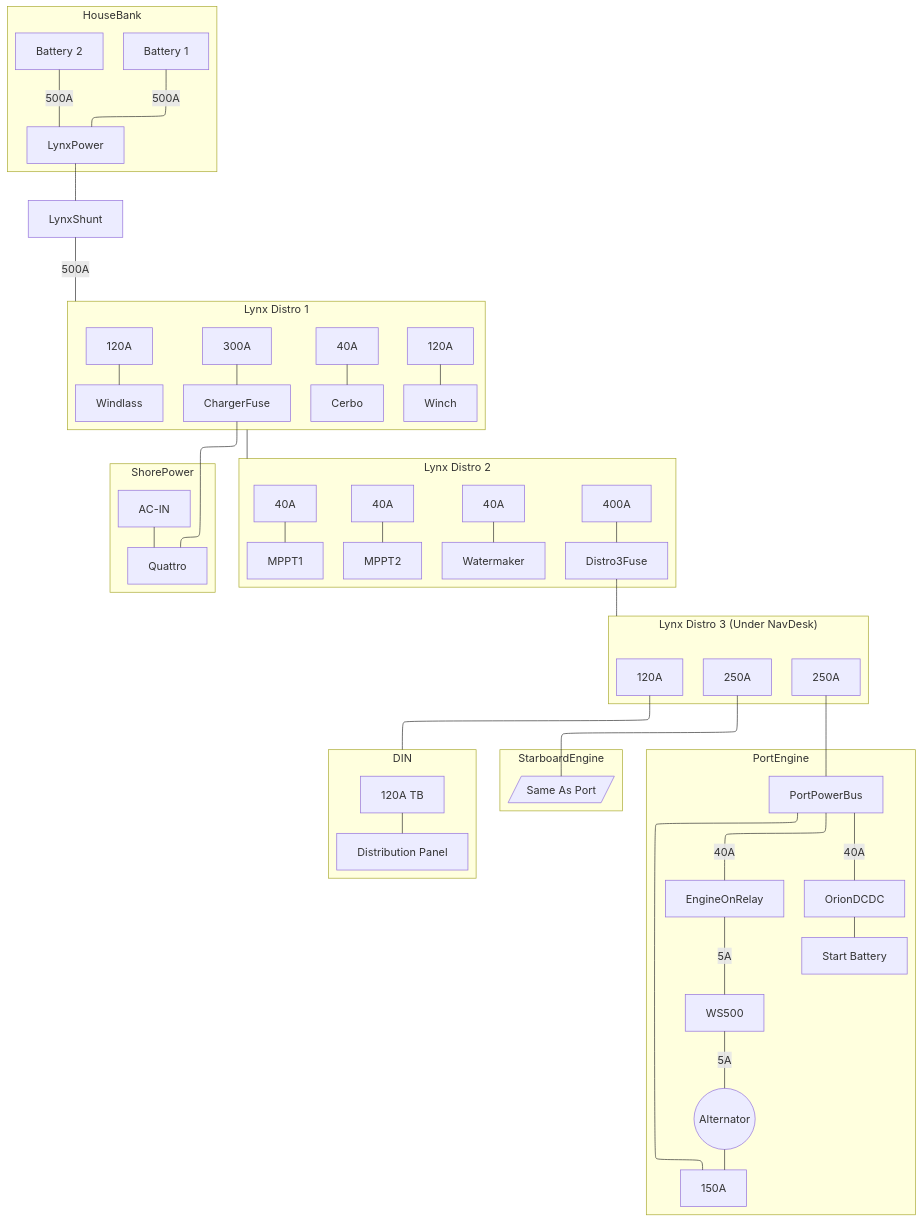
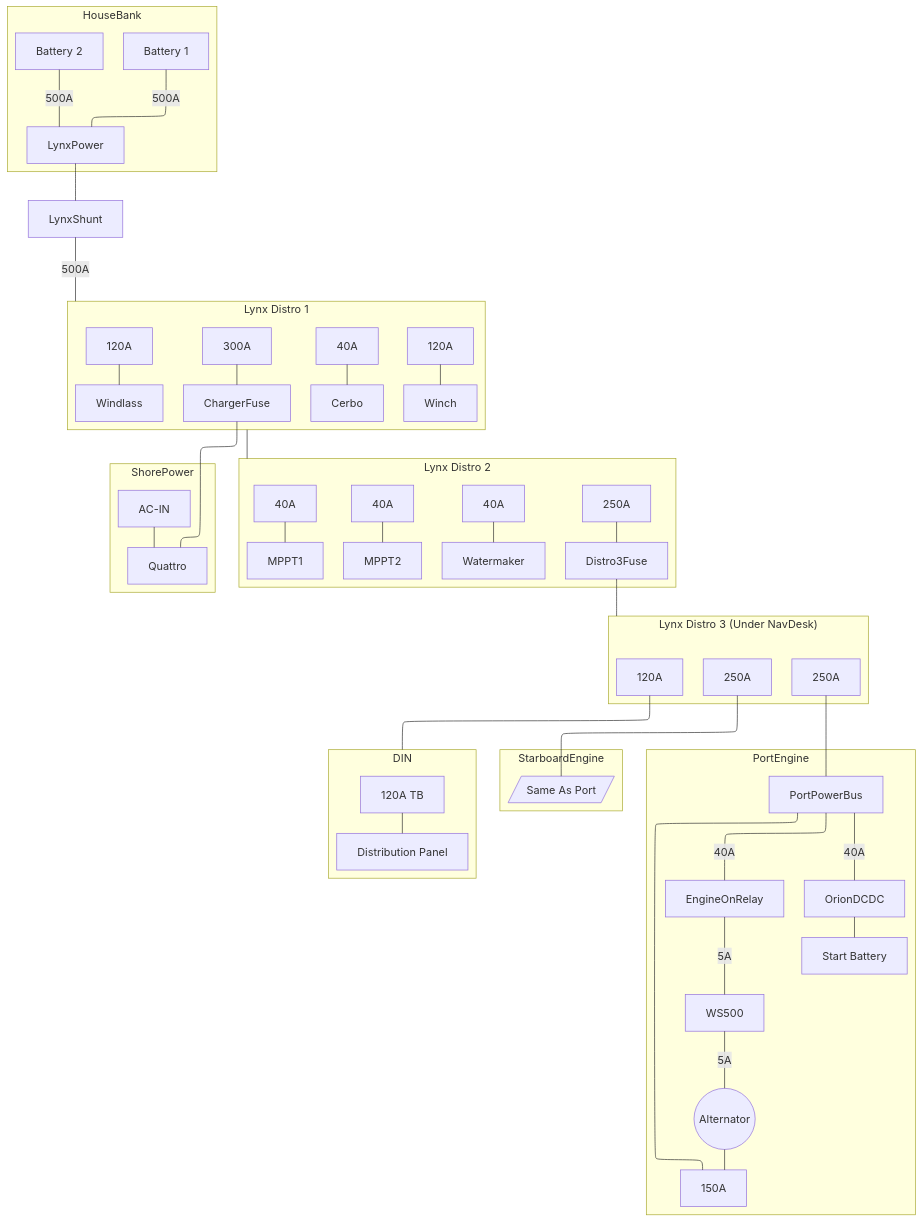
Before and after one commit to dcoon/svharmony: the diagram in owners_manual/PowerDistribution.md, drawn with Mermaid.

Commit message:
vault backup: 2024-01-14 08:06:35

```diff
--- a/owners_manual/PowerDistribution.md
+++ b/owners_manual/PowerDistribution.md
@@ -32,7 +32,7 @@
   
   Fuse2-3[40A] --- Watermaker
   
-  Fuse2-4[400A] --- Distro3Fuse
+  Fuse2-4[250A] --- Distro3Fuse
   
   end
   
```
